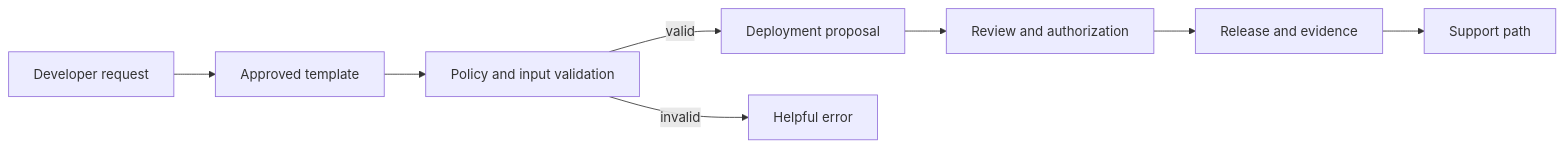
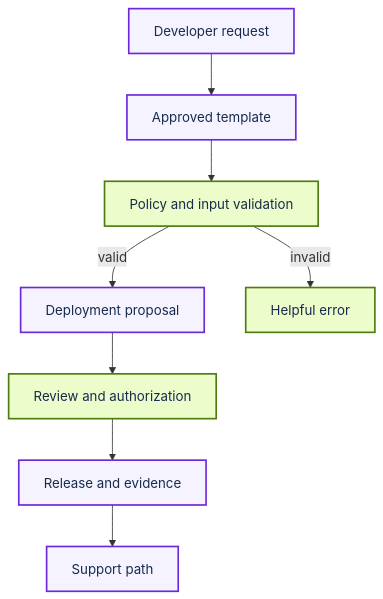
The diagram in site/content/docs/video-platform-engineering-self-service-path.md (Acestus/portfolio), drawn with Mermaid before and after one commit. The commit also changed 20 other files, not shown here.

Commit message:
Apply Mermaid and Pele style to video guides (#58)

````diff
--- a/site/content/docs/video-platform-engineering-self-service-path.md
+++ b/site/content/docs/video-platform-engineering-self-service-path.md
@@ -27,10 +27,16 @@
 ```mermaid
-flowchart LR
+flowchart TD
+  accTitle: Platform engineering demo: a self-service deployment path
   D[Developer request] --> T[Approved template]
   T --> V[Policy and input validation]
   V -->|valid| P[Deployment proposal]
   V -->|invalid| E[Helpful error]
   P --> A[Review and authorization]
   A --> R[Release and evidence]
   R --> S[Support path]
+
+  classDef primary fill:#F5F3FF,stroke:#6D28D9,color:#172B4D,stroke-width:2px
+  classDef secondary fill:#ECFCCB,stroke:#4D7C0F,color:#172B4D,stroke-width:2px
+  class D,T,P,R,S primary
+  class V,E,A secondary
 ```
````
